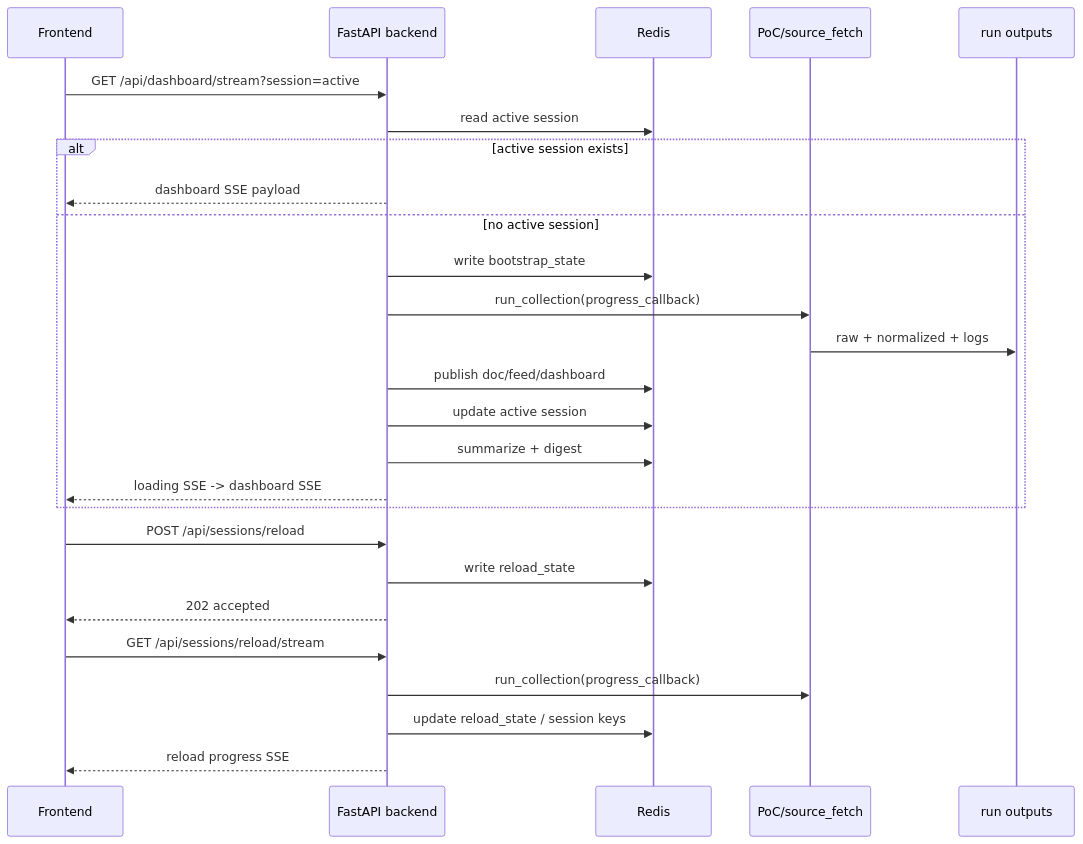
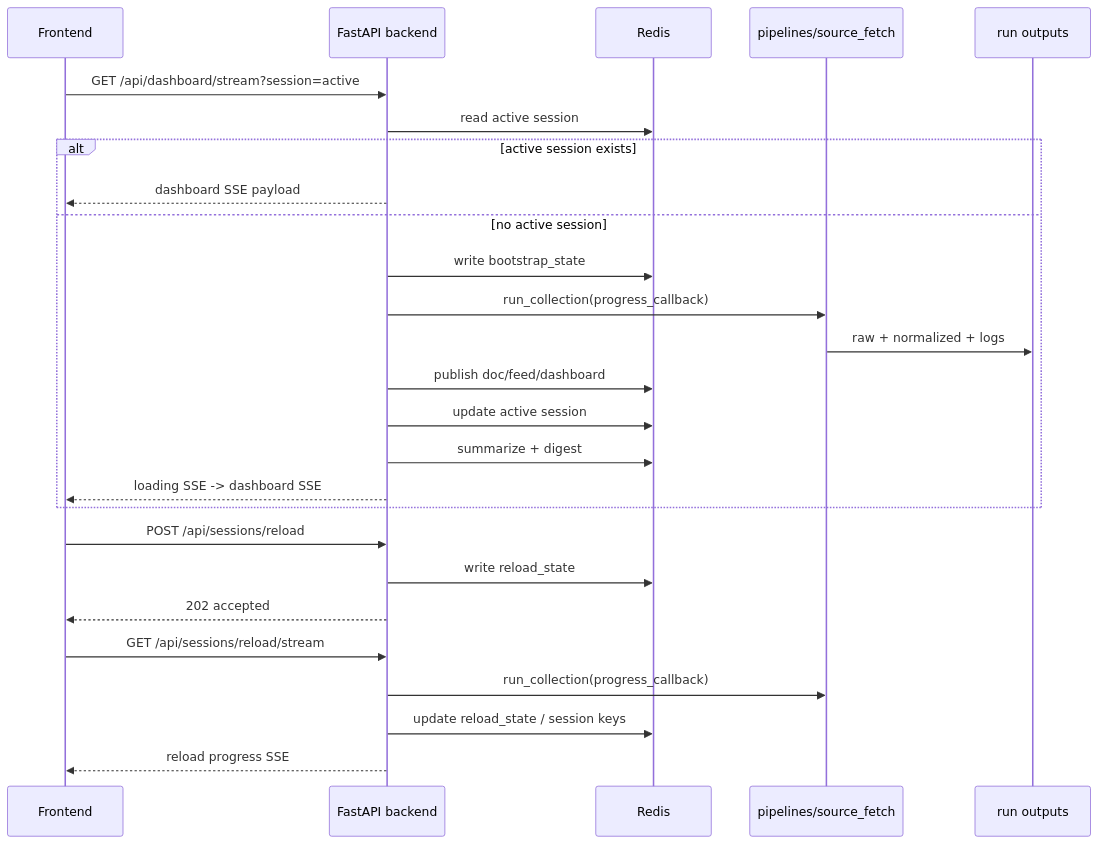
Before and after one commit to sparkorbit/sparkorbit: the diagram in docs/03_runtime_flow_draft.md, drawn with Mermaid. The commit also changed other lines of this file and 32 other files, not shown here.

````diff
--- a/docs/03_runtime_flow_draft.md
+++ b/docs/03_runtime_flow_draft.md
@@ -53,31 +53,31 @@
 ```mermaid
 sequenceDiagram
     participant UI as Frontend
     participant API as FastAPI backend
     participant REDIS as Redis
-    participant COLLECT as PoC/source_fetch
+    participant COLLECT as pipelines/source_fetch
     participant RUN as run outputs
 
     UI->>API: GET /api/dashboard/stream?session=active
     API->>REDIS: read active session
 
     alt active session exists
         API-->>UI: dashboard SSE payload
     else no active session
         API->>REDIS: write bootstrap_state
         API->>COLLECT: run_collection(progress_callback)
         COLLECT->>RUN: raw + normalized + logs
         API->>REDIS: publish doc/feed/dashboard
         API->>REDIS: update active session
         API->>REDIS: summarize + digest
         API-->>UI: loading SSE -> dashboard SSE
     end
 
     UI->>API: POST /api/sessions/reload
     API->>REDIS: write reload_state
     API-->>UI: 202 accepted
     UI->>API: GET /api/sessions/reload/stream
     API->>COLLECT: run_collection(progress_callback)
     API->>REDIS: update reload_state / session keys
     API-->>UI: reload progress SSE
 ```
````
